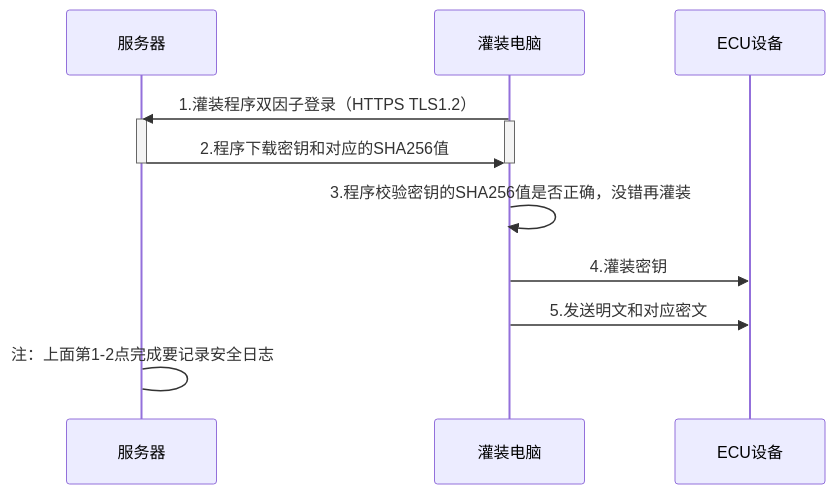
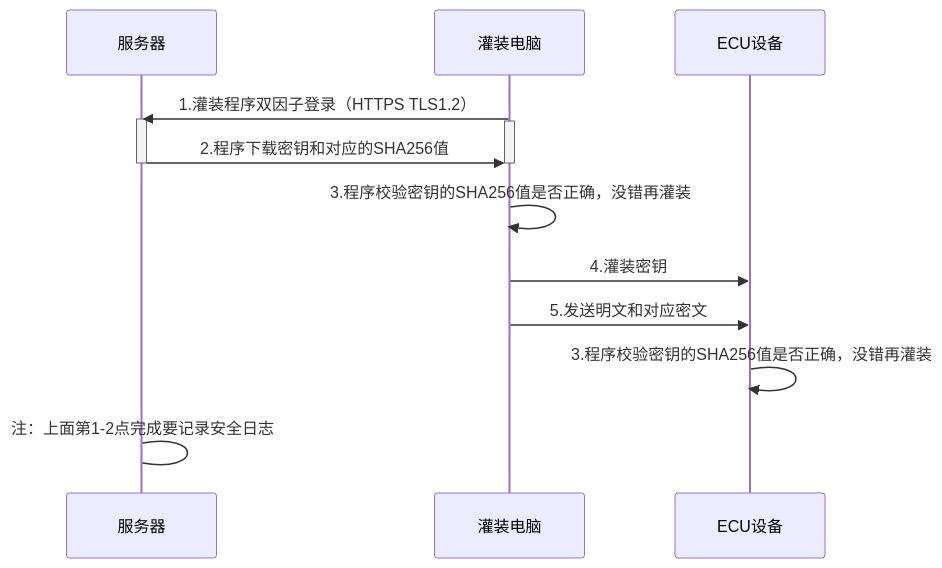
The diagram in all/未命名-25.md (facebook-cloud/iodraw-files), drawn with Mermaid before and after one commit.

Commit message:
2026-04-21 15:18:00 update

````diff
--- a/all/未命名-25.md
+++ b/all/未命名-25.md
@@ -1,23 +1,23 @@
 ```mermaid
 sequenceDiagram
   
     participant B as 服务器
     participant D as 灌装电脑
     participant E as ECU设备
 
     D->>B: 1.灌装程序双因子登录（HTTPS TLS1.2）
     activate B
     activate D
 
     B->>D: 2.程序下载密钥和对应的SHA256值 
 
     deactivate B
     deactivate D
     
     D->>D: 3.程序校验密钥的SHA256值是否正确，没错再灌装
     D->>E: 4.灌装密钥
     D->>E: 5.发送明文和对应密文
-    
+    E->>E: 3.程序校验密钥的SHA256值是否正确，没错再灌装
 
     B->B: 注：上面第1-2点完成要记录安全日志
 ```
````
